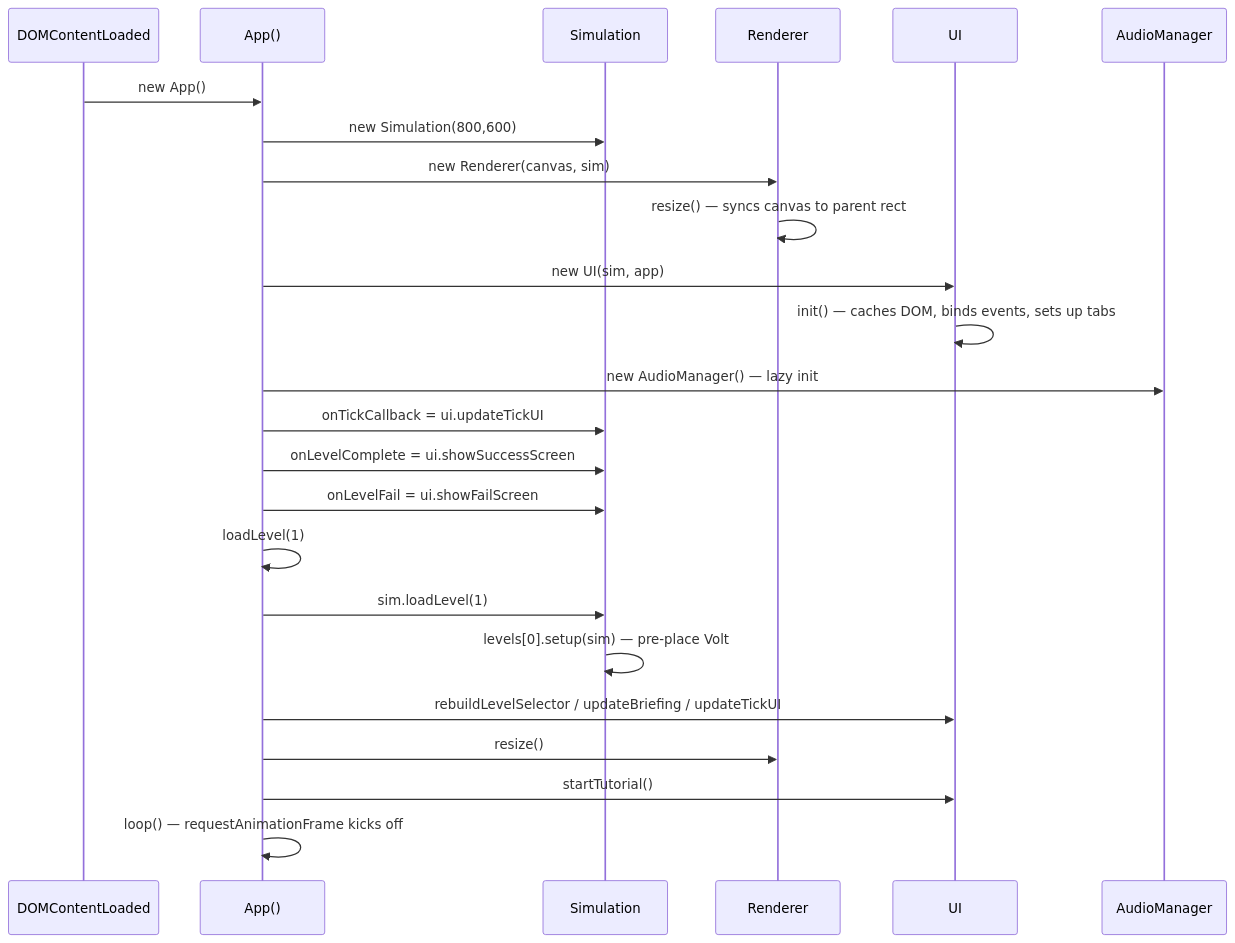
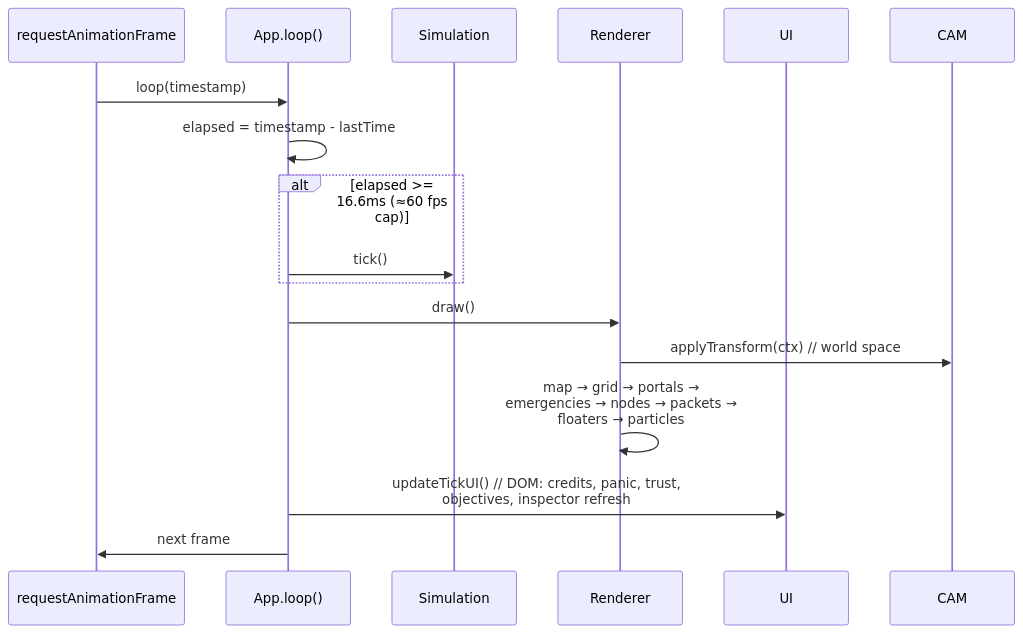
The second of 8 diagrams in docs/architecture.md (bmvanwyk/Architect), drawn with Mermaid before and after one commit. The commit also changed other lines of this file, not shown here.

Commit message:
docs: architecture.md — module map, tick pipeline, packet state machine, mechanics reference, modification recipes (Mermaid)

````diff
--- a/docs/architecture.md
+++ b/docs/architecture.md
@@ -58,27 +81,19 @@
 ```mermaid
 sequenceDiagram
-    participant DOM as DOMContentLoaded
-    participant App as App()
-    participant Sim as Simulation
-    participant R as Renderer
+    participant RAF as requestAnimationFrame
+    participant APP as App.loop()
+    participant SIM as Simulation
+    participant REN as Renderer
     participant UI as UI
-    participant Audio as AudioManager
 
-    DOM->>App: new App()
-    App->>Sim: new Simulation(800,600)
-    App->>R: new Renderer(canvas, sim)
-    R->>R: resize() — syncs canvas to parent rect
-    App->>UI: new UI(sim, app)
-    UI->>UI: init() — caches DOM, binds events, sets up tabs
-    App->>Audio: new AudioManager() — lazy init
-    App->>Sim: onTickCallback = ui.updateTickUI
-    App->>Sim: onLevelComplete = ui.showSuccessScreen
-    App->>Sim: onLevelFail = ui.showFailScreen
-    App->>App: loadLevel(1)
-    App->>Sim: sim.loadLevel(1)
-    Sim->>Sim: levels[0].setup(sim) — pre-place Volt
-    App->>UI: rebuildLevelSelector / updateBriefing / updateTickUI
-    App->>R: resize()
-    App->>UI: startTutorial()
-    App->>App: loop() — requestAnimationFrame kicks off
+    RAF->>APP: loop(timestamp)
+    APP->>APP: elapsed = timestamp - lastTime
+    alt elapsed >= 16.6ms (≈60 fps cap)
+        APP->>SIM: tick()
+    end
+    APP->>REN: draw()
+    REN->>CAM: applyTransform(ctx)   // world space
+    REN->>REN: map → grid → portals →<br/>emergencies → nodes → packets →<br/>floaters → particles
+    APP->>UI: updateTickUI()          // DOM: credits, panic, trust,<br/>objectives, inspector refresh
+    APP->>RAF: next frame
 ```
````
